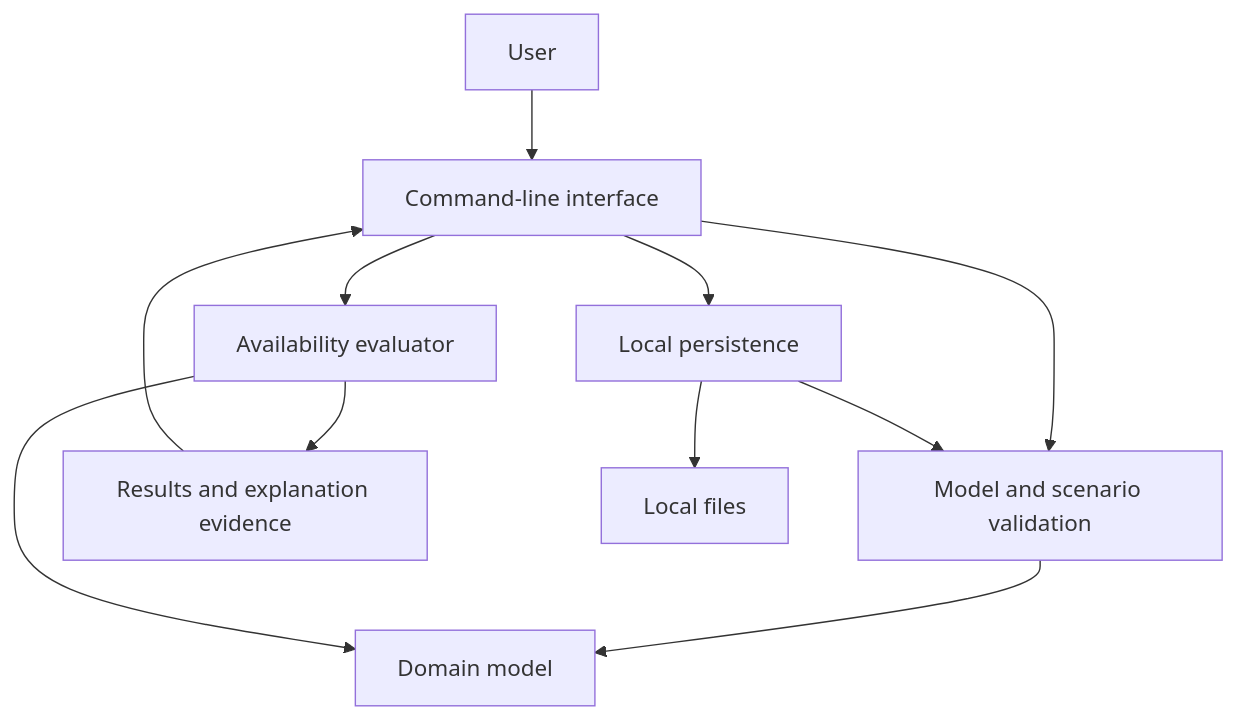
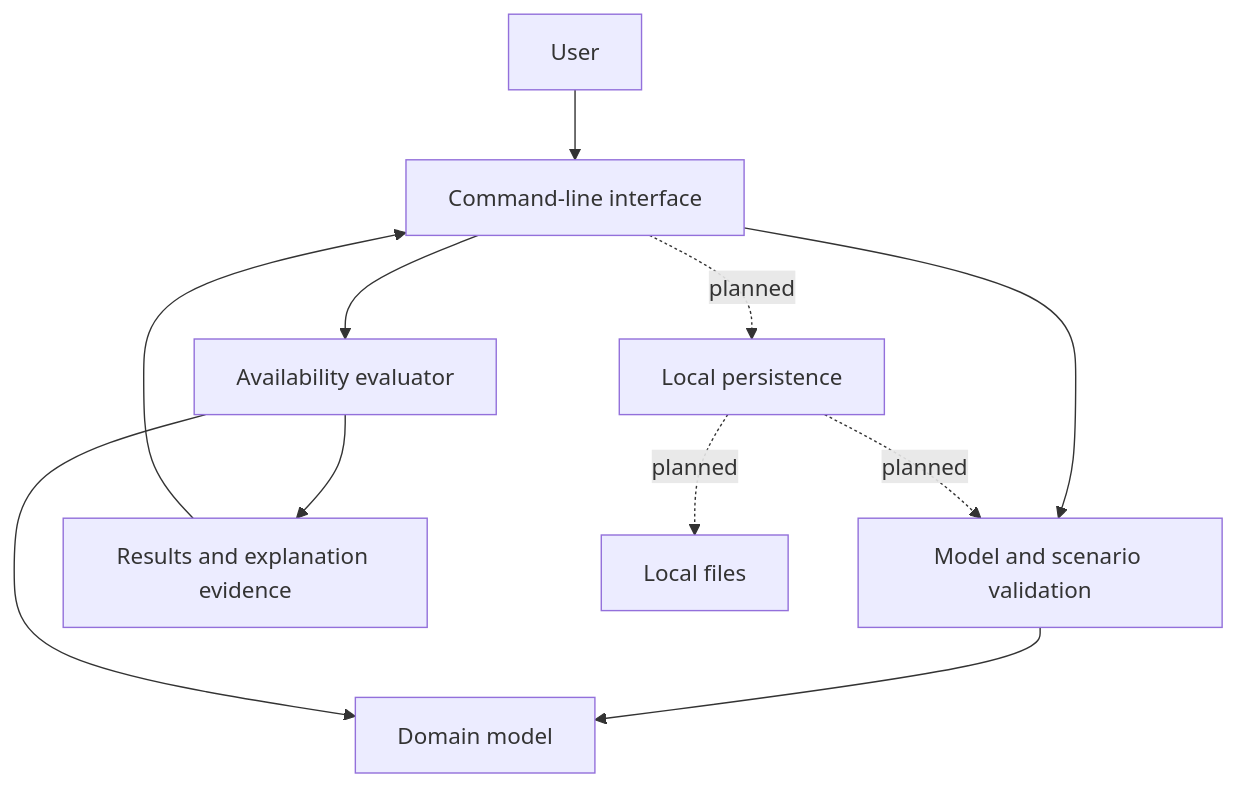
The diagram in docs/architecture.md (onyks-os/OpSecMap), drawn with Mermaid before and after one commit. The commit also changed other lines of this file and 38 other files, not shown here.

````diff
--- a/docs/architecture.md
+++ b/docs/architecture.md
@@ -58,13 +60,13 @@
 ```mermaid
 flowchart TD
     User[User] --> CLI[Command-line interface]
     CLI --> Validation[Model and scenario validation]
     CLI --> Evaluation[Availability evaluator]
     Validation --> Model[Domain model]
     Evaluation --> Model
     Evaluation --> Results[Results and explanation evidence]
     Results --> CLI
-    CLI --> Persistence[Local persistence]
-    Persistence --> Validation
-    Persistence --> Files[Local files]
+    CLI -. planned .-> Persistence[Local persistence]
+    Persistence -. planned .-> Validation
+    Persistence -. planned .-> Files[Local files]
 ```
````
